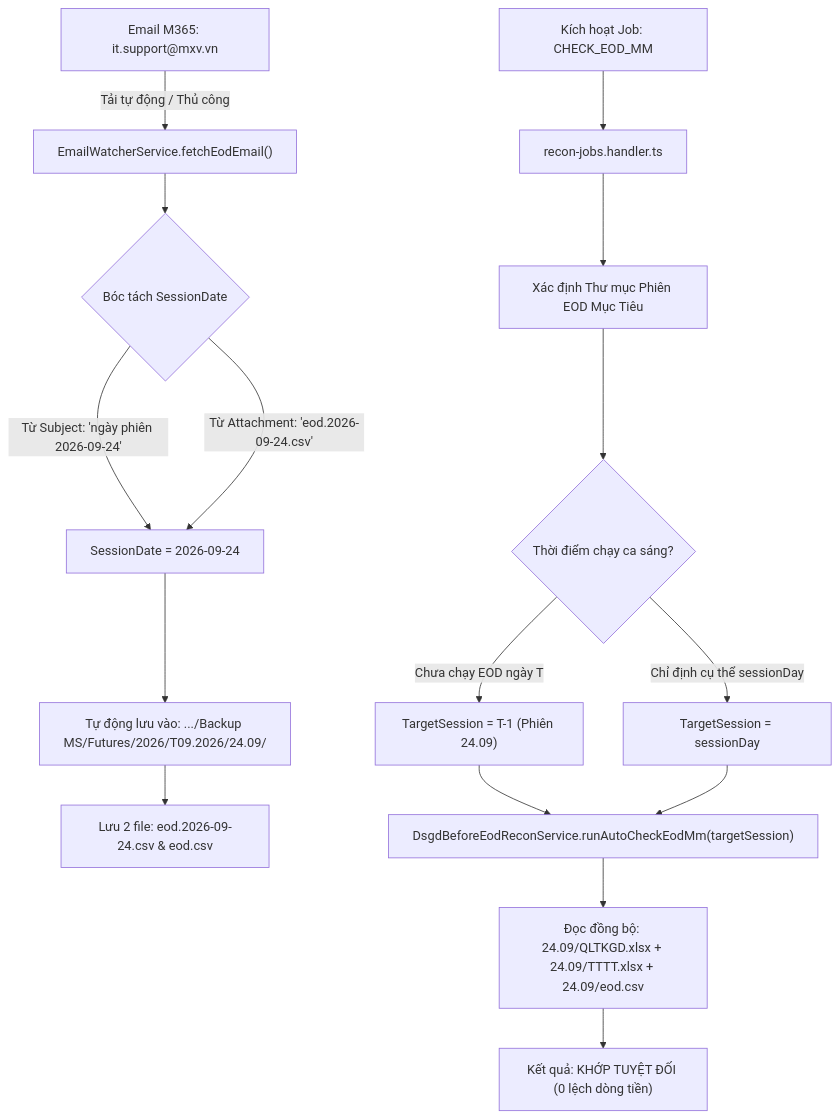
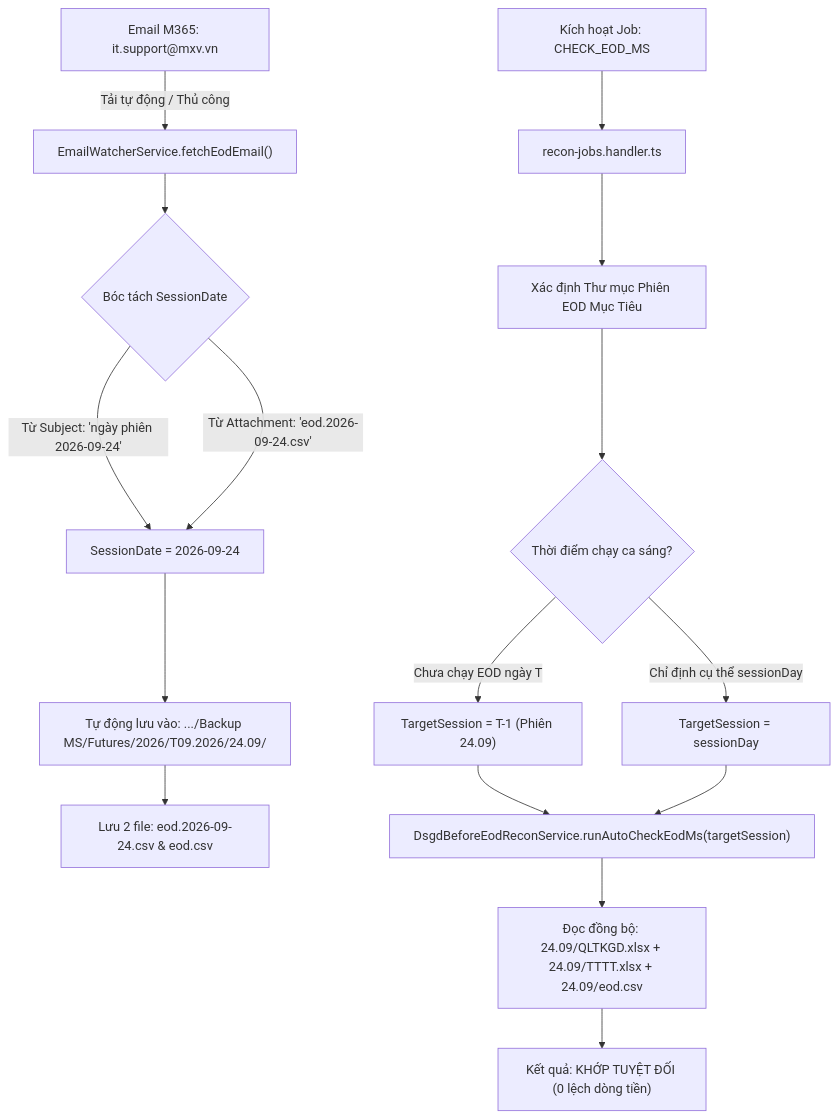
The diagram in docs/moi/TAI_LIEU_THIET_KE_CAP_NHAT_LUU_VA_DOI_CHIEU_EOD_CHUAN_CSHARP.md (broly1009a/mxv-shift-checklist), drawn with Mermaid before and after one commit. The commit also changed other lines of this file and 40 other files, not shown here.

````diff
--- a/docs/moi/TAI_LIEU_THIET_KE_CAP_NHAT_LUU_VA_DOI_CHIEU_EOD_CHUAN_CSHARP.md
+++ b/docs/moi/TAI_LIEU_THIET_KE_CAP_NHAT_LUU_VA_DOI_CHIEU_EOD_CHUAN_CSHARP.md
@@ -150,19 +150,19 @@
 ```mermaid
 flowchart TD
     A["Email M365: it.support@mxv.vn"] -->|"Tải tự động / Thủ công"| B["EmailWatcherService.fetchEodEmail()"]
     B --> C{"Bóc tách SessionDate"}
     C -->|"Từ Subject: 'ngày phiên 2026-09-24'"| D["SessionDate = 2026-09-24"]
     C -->|"Từ Attachment: 'eod.2026-09-24.csv'"| D
     D --> E["Tự động lưu vào: .../Backup MS/Futures/2026/T09.2026/24.09/"]
     E --> F["Lưu 2 file: eod.2026-09-24.csv & eod.csv"]
 
-    G["Kích hoạt Job: CHECK_EOD_MM"] --> H["recon-jobs.handler.ts"]
+    G["Kích hoạt Job: CHECK_EOD_MS"] --> H["recon-jobs.handler.ts"]
     H --> I["Xác định Thư mục Phiên EOD Mục Tiêu"]
     I --> J{"Thời điểm chạy ca sáng?"}
     J -->|"Chưa chạy EOD ngày T"| K["TargetSession = T-1 (Phiên 24.09)"]
     J -->|"Chỉ định cụ thể sessionDay"| L["TargetSession = sessionDay"]
-    K --> M["DsgdBeforeEodReconService.runAutoCheckEodMm(targetSession)"]
+    K --> M["DsgdBeforeEodReconService.runAutoCheckEodMs(targetSession)"]
     L --> M
     M --> N["Đọc đồng bộ: 24.09/QLTKGD.xlsx + 24.09/TTTT.xlsx + 24.09/eod.csv"]
     N --> O["Kết quả: KHỚP TUYỆT ĐỐI (0 lệch dòng tiền)"]
 ```
````
